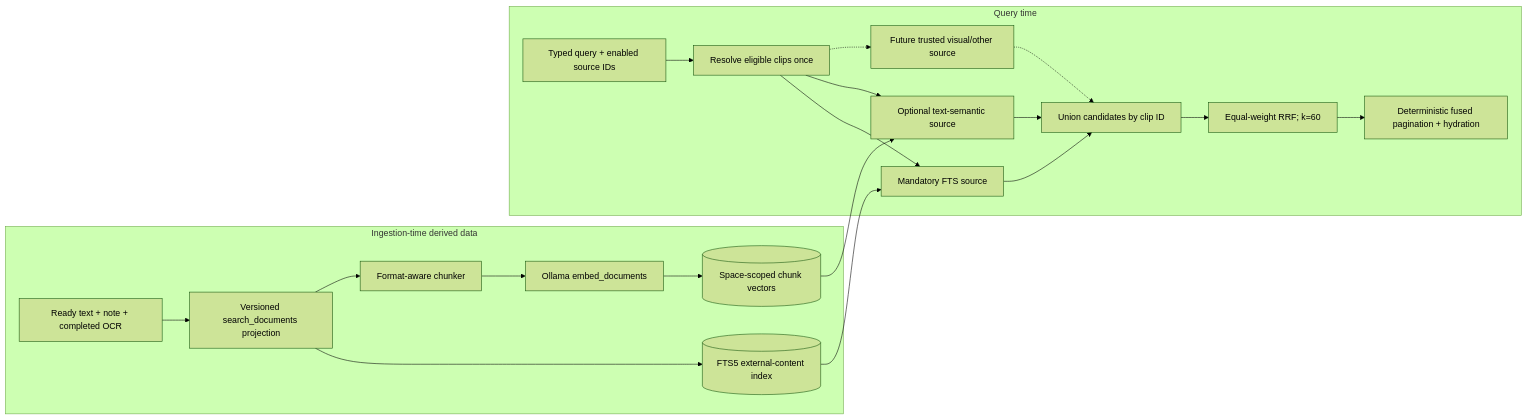
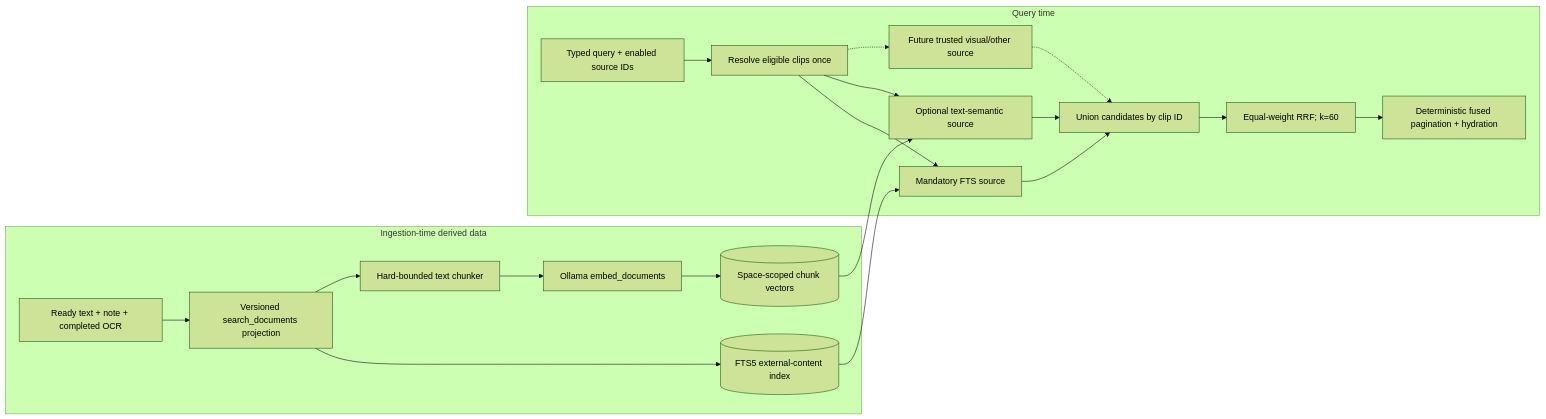
The fifth of 5 diagrams in docs/ARCHITECTURE.md (azure06/clipsx), drawn with Mermaid (forest theme) before and after one commit. The commit also changed other lines of this file and 11 other files, not shown here.

````diff
--- a/docs/ARCHITECTURE.md
+++ b/docs/ARCHITECTURE.md
@@ -493,24 +493,24 @@
 ```mermaid
 flowchart LR
   subgraph Ingest["Ingestion-time derived data"]
     Sources["Ready text + note + completed OCR"] --> Projection["Versioned search_documents projection"]
     Projection --> FTS[(FTS5 external-content index)]
-    Projection --> Chunker["Format-aware chunker"]
+    Projection --> Chunker["Hard-bounded text chunker"]
     Chunker --> DocEmbed["Ollama embed_documents"]
     DocEmbed --> Vectors[("Space-scoped chunk vectors")]
   end
 
   subgraph QueryPath["Query time"]
     React["Typed query + enabled source IDs"] --> Filters["Resolve eligible clips once"]
     Filters --> FTSQuery["Mandatory FTS source"]
     Filters --> SemanticQuery["Optional text-semantic source"]
     Filters -.-> Future["Future trusted visual/other source"]
     FTS --> FTSQuery
     Vectors --> SemanticQuery
     FTSQuery --> Union["Union candidates by clip ID"]
     SemanticQuery --> Union
     Future -.-> Union
     Union --> RRF["Equal-weight RRF; k=60"]
     RRF --> Page["Deterministic fused pagination + hydration"]
   end
 ```
````
